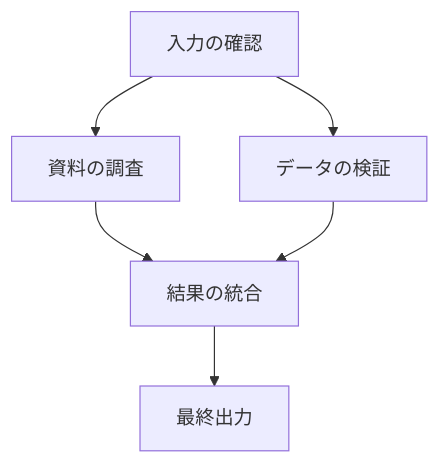
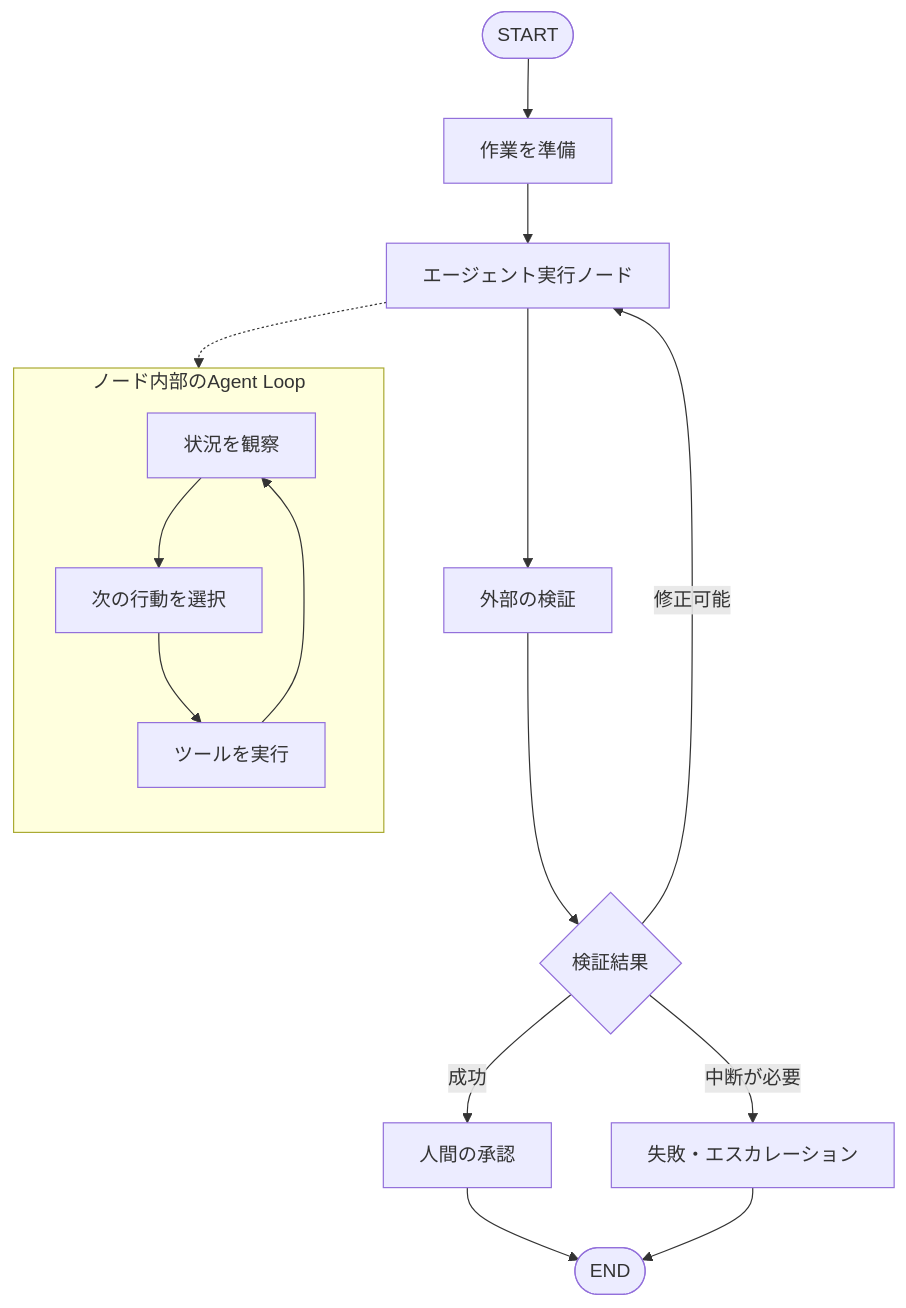
The diagram in articles/graph-agent-orchestration.md (Umemura0212/zenn-content), drawn with Mermaid before and after one commit. The commit also changed other lines of this file, not shown here.

````diff
--- a/articles/graph-agent-orchestration.md
+++ b/articles/graph-agent-orchestration.md
@@ -44,8 +31,19 @@
 ```mermaid
 flowchart TD
-    A[入力の確認] --> B[資料の調査]
-    A --> C[データの検証]
-    B --> D[結果の統合]
-    C --> D
-    D --> E[最終出力]
+    S([START]) --> P[作業を準備]
+    P --> A[エージェント実行ノード]
+    subgraph LOOP[ノード内部のAgent Loop]
+        direction TB
+        O[状況を観察] --> T[次の行動を選択]
+        T --> X[ツールを実行]
+        X --> O
+    end
+    A -.-> LOOP
+    A --> V[外部の検証]
+    V --> D{検証結果}
+    D -->|成功| H[人間の承認]
+    D -->|修正可能| A
+    D -->|中断が必要| F[失敗・エスカレーション]
+    H --> E([END])
+    F --> E
 ```
````
